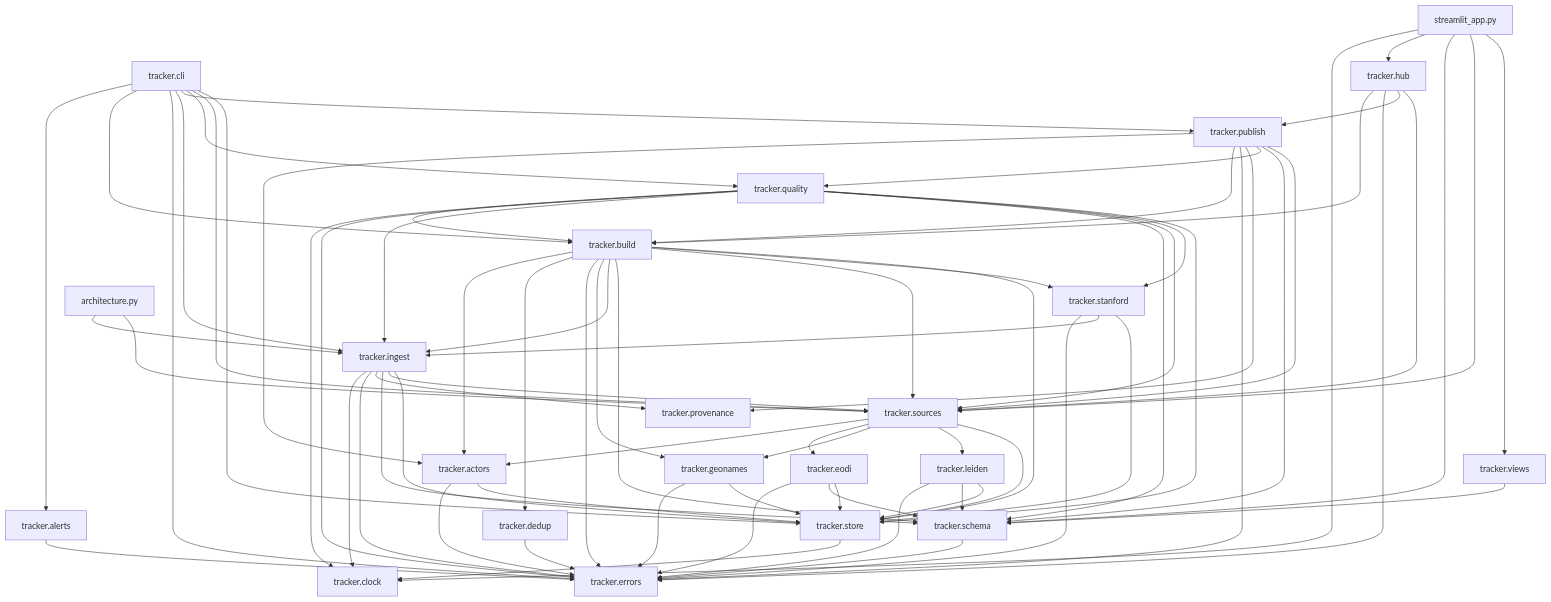
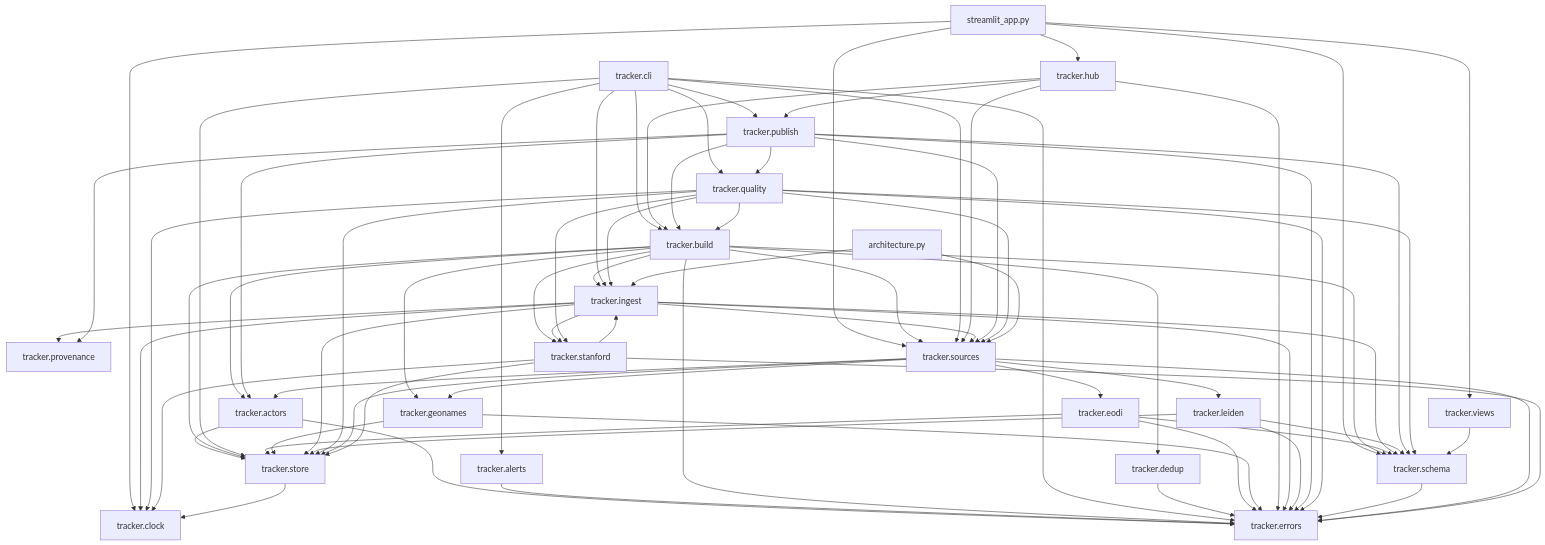
The third of 3 diagrams in docs/architecture.md (tryph0n/hybrid-tracker), drawn with Mermaid before and after one commit. The commit also changed other lines of this file and 14 other files, not shown here.

First line of the commit message:
feat(stanford): register the Stanford source and wire ingest, rebuild and if-missing

```diff
--- a/docs/architecture.md
+++ b/docs/architecture.md
@@ -221,6 +224,7 @@
   module_tracker_ingest --> module_tracker_provenance
   module_tracker_ingest --> module_tracker_schema
   module_tracker_ingest --> module_tracker_sources
+  module_tracker_ingest --> module_tracker_stanford
   module_tracker_ingest --> module_tracker_store
   module_tracker_leiden --> module_tracker_errors
   module_tracker_leiden --> module_tracker_schema
@@ -243,9 +247,11 @@
   module_tracker_schema --> module_tracker_errors
   module_tracker_sources --> module_tracker_actors
   module_tracker_sources --> module_tracker_eodi
+  module_tracker_sources --> module_tracker_errors
   module_tracker_sources --> module_tracker_geonames
   module_tracker_sources --> module_tracker_leiden
   module_tracker_sources --> module_tracker_store
+  module_tracker_stanford --> module_tracker_clock
   module_tracker_stanford --> module_tracker_errors
   module_tracker_stanford --> module_tracker_ingest
   module_tracker_stanford --> module_tracker_store
```
